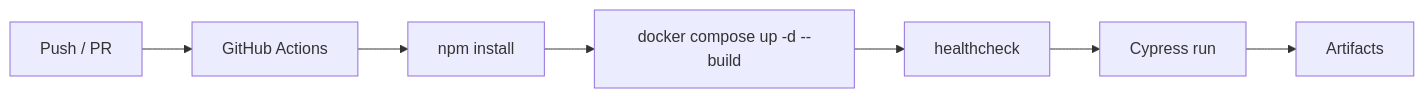
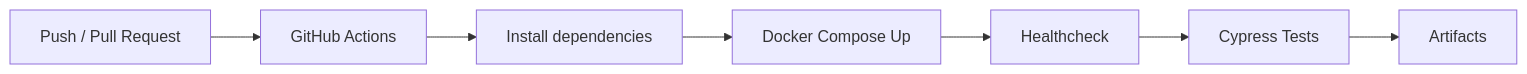
Before and after one commit to hermessonyurii/bankqa-hermessonyuri: the second of 2 diagrams in README.md, drawn with Mermaid. The commit also changed other lines of this file, not shown here.

````diff
--- a/README.md
+++ b/README.md
@@ -204,9 +336,9 @@
 ```mermaid
 flowchart LR
-    A[Push / PR] --> B[GitHub Actions]
-    B --> C[npm install]
-    C --> D[docker compose up -d --build]
-    D --> E[healthcheck]
-    E --> F[Cypress run]
+    A[Push / Pull Request] --> B[GitHub Actions]
+    B --> C[Install dependencies]
+    C --> D[Docker Compose Up]
+    D --> E[Healthcheck]
+    E --> F[Cypress Tests]
     F --> G[Artifacts]
 ```
````
